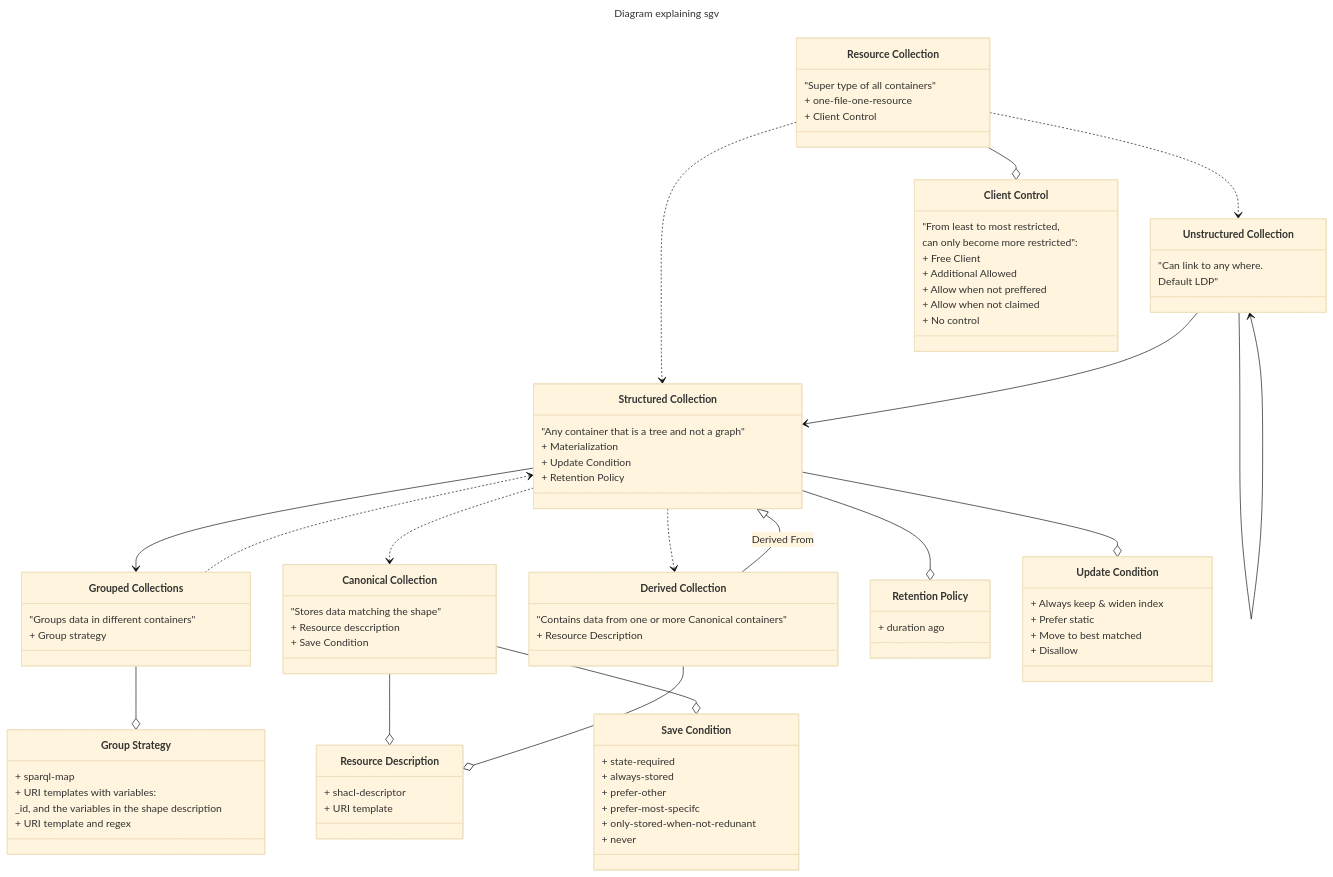
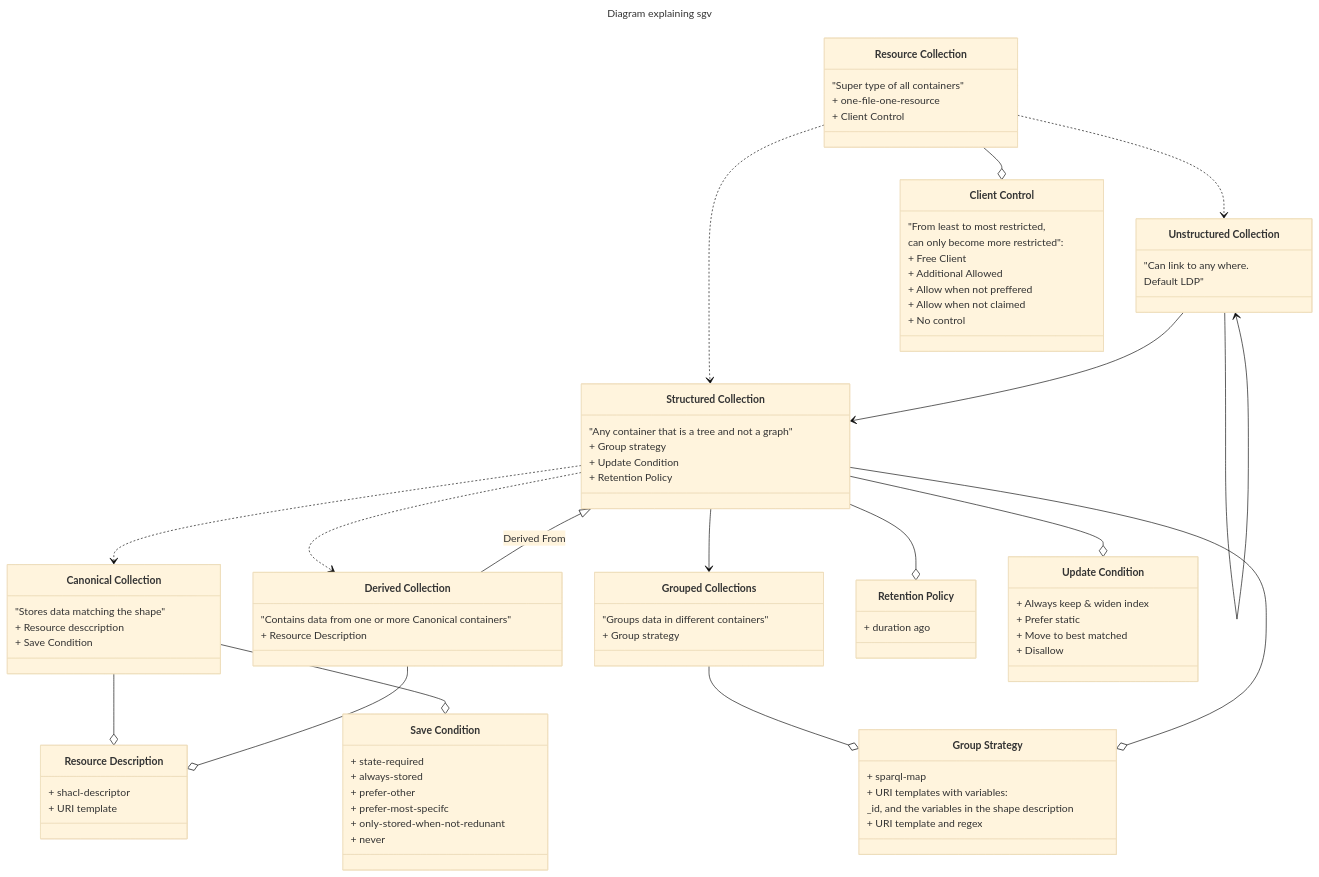
Before and after one commit to jitsedesmet/thesis: the second of 2 diagrams in solution/storage-guidance-vocabulary/index.md, drawn with Mermaid (base theme).

Commit message:
update thesis

```diff
--- a/solution/storage-guidance-vocabulary/index.md
+++ b/solution/storage-guidance-vocabulary/index.md
@@ -76,7 +76,6 @@
   }
 
   SC --> GC
-  GC ..> SC
   class GC["Grouped Collections"] {
     "Groups data in different containers"
     + Group strategy
@@ -92,9 +91,10 @@
 
   SC ..> CC
   SC ..> DC
+  SC --o GS
   class SC["Structured Collection"] {
     "Any container that is a tree and not a graph"
-    + Materialization
+    + Group strategy
     + Update Condition
     + Retention Policy
   }
```
